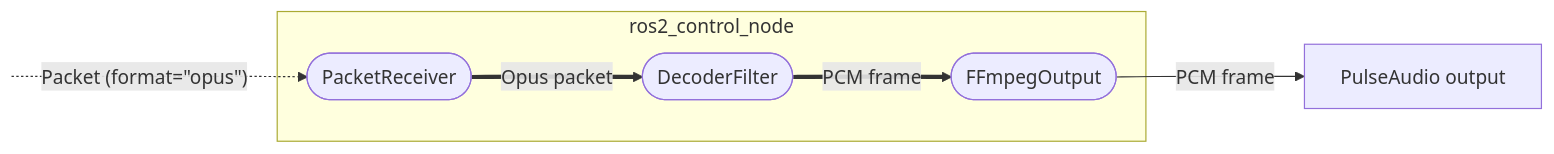
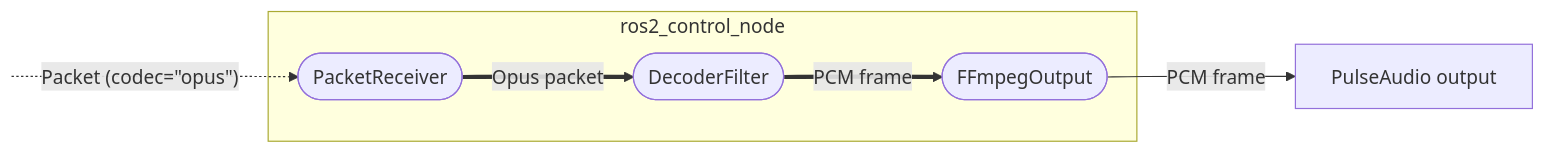
The third of 3 diagrams in README.md (yoshito-n-students/ffmpeg_pipeline), drawn with Mermaid before and after one commit. The commit also changed other lines of this file, not shown here.

Commit message:
fix field name in packet (format -> codec)

````diff
--- a/README.md
+++ b/README.md
@@ -160,10 +160,10 @@
 ```mermaid
 flowchart LR
-   A:::hidden -. "Packet (format=#quot;opus#quot;)" .-> B@{ shape: stadium, label: "PacketReceiver" }
+   A:::hidden -. "Packet (codec=#quot;opus#quot;)" .-> B@{ shape: stadium, label: "PacketReceiver" }
    subgraph ros2_control_node
    B == "Opus packet" ==> C@{ shape: stadium, label: "DecoderFilter" }
    C == "PCM frame" ==> D@{ shape: stadium, label: "FFmpegOutput" }
    end
    D -- "PCM frame" --> H@{ shape: rect, label: "PulseAudio output" }
    classDef hidden display: none;
 ```
````
